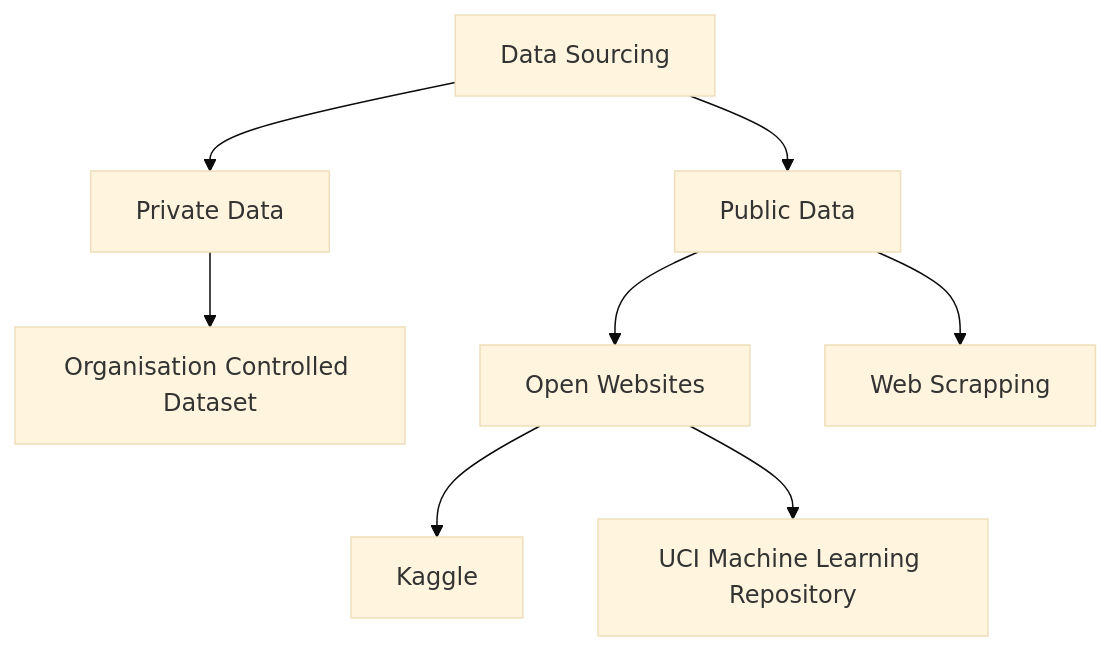
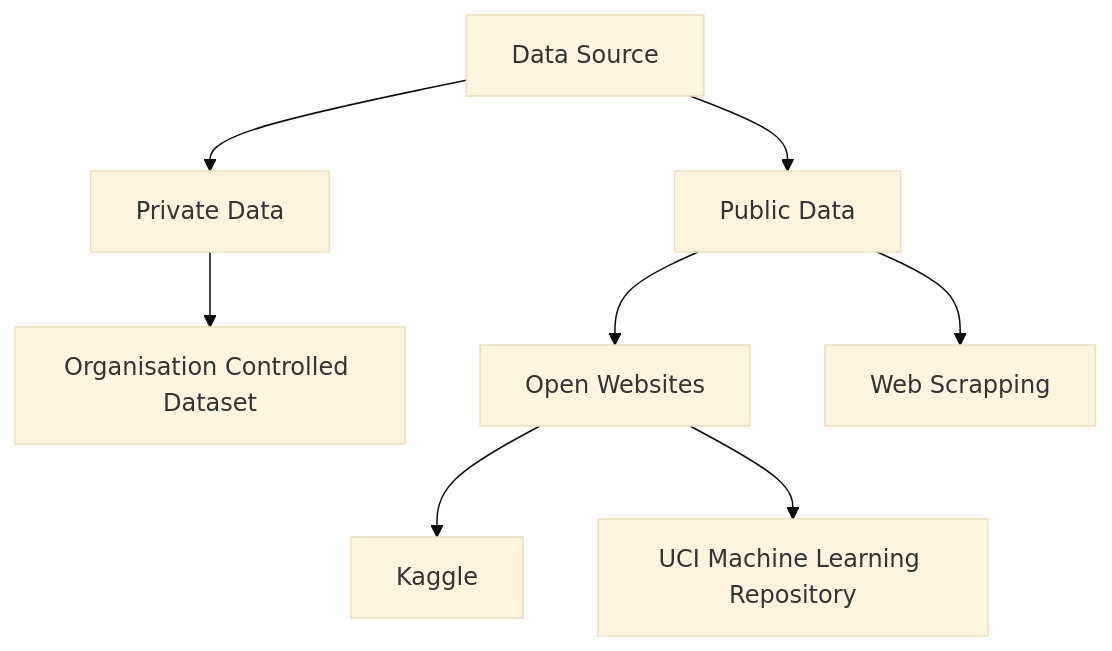
One commit to datagrad/EDA-of-Bank-Telemarketing-Campaign changed the second of 2 diagrams in README.md. Above: the diagram before and after it, drawn with Mermaid (base theme). The commit also changed other lines of this file, not shown here.

````diff
--- a/README.md
+++ b/README.md
@@ -53,14 +125,14 @@
  ```mermaid
 flowchart TD
-A[Data Sourcing] --> B[Private Data];
+A[Data Source] --> B[Private Data];
 
 B[Private Data] --> H[Organisation Controlled Dataset];
 
 
-A[Data Sourcing] --> C[Public Data];
+A[Data Source] --> C[Public Data];
 C[Public Data] --> D[Open Websites];
 C[Public Data] --> E[Web Scrapping];
 
 D[Open Websites] --> F[Kaggle];
 D[Open Websites] --> G[UCI Machine Learning Repository];
 ```
````
